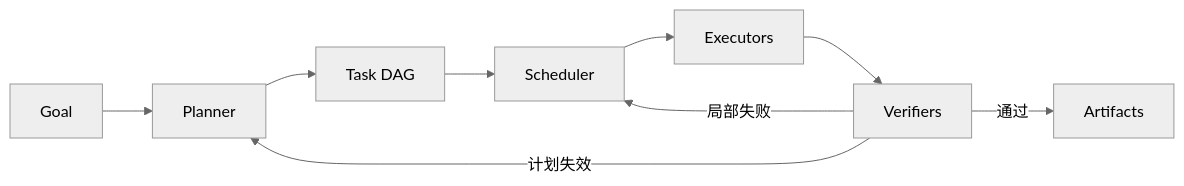
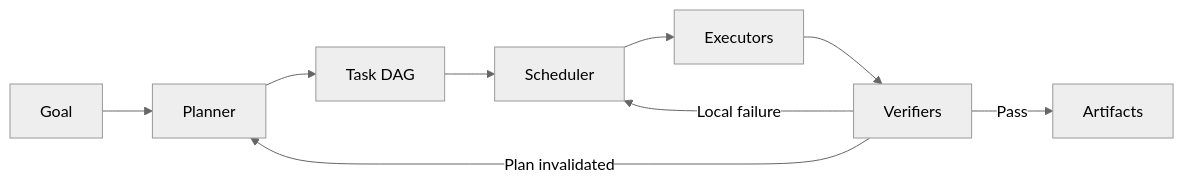
Diagram 11 of 16 in docs/agent/02-reasoning-planning/06-task-decomposition.md (oneleaveknowsthefall/awesome-ai-roadmap), drawn with Mermaid (neutral theme) before and after one commit. The commit also changed other lines of this file and 68 other files, not shown here.

````diff
--- a/docs/agent/02-reasoning-planning/06-task-decomposition.md
+++ b/docs/agent/02-reasoning-planning/06-task-decomposition.md
@@ -675,11 +679,11 @@
 ```mermaid
 flowchart LR
     G[Goal] --> P[Planner]
     P --> DAG[Task DAG]
     DAG --> S[Scheduler]
     S --> E[Executors]
     E --> V[Verifiers]
-    V -->|通过| ART[Artifacts]
-    V -->|局部失败| S
-    V -->|计划失效| P
+    V -->|Pass| ART[Artifacts]
+    V -->|Local failure| S
+    V -->|Plan invalidated| P
 ```
````
